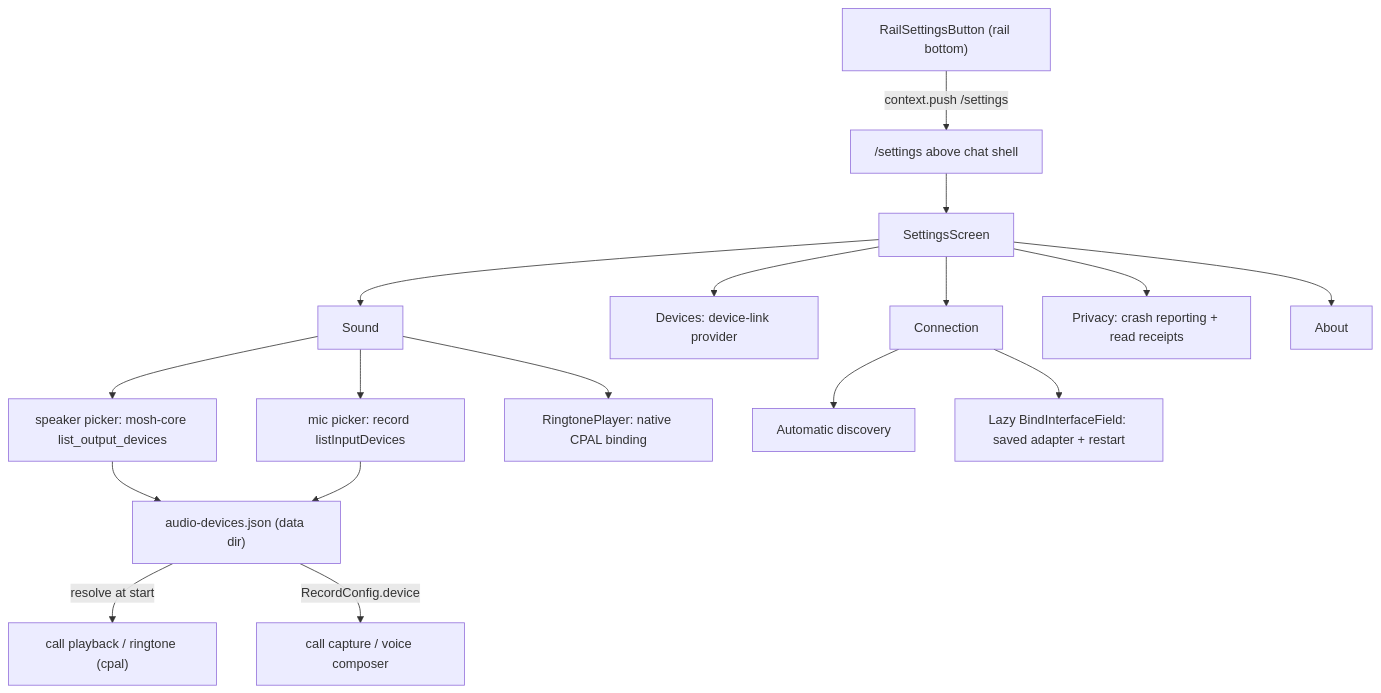
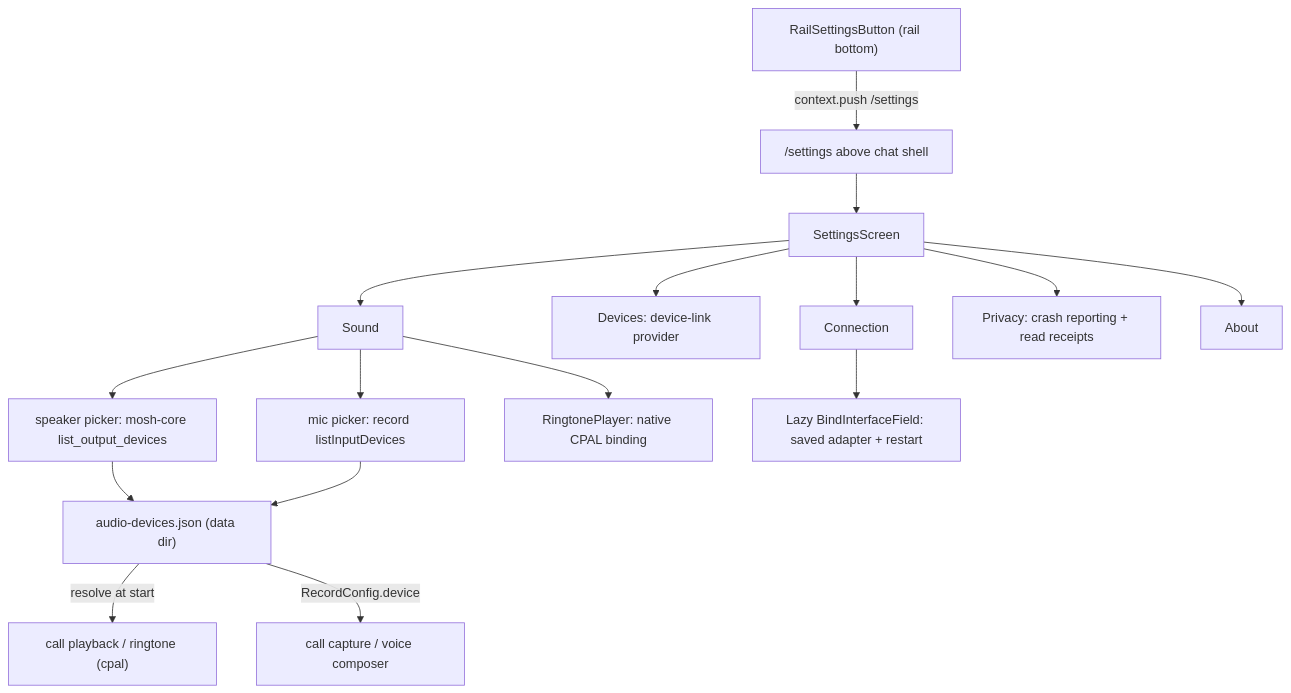
Before and after one commit to redstone-md/mosh-flutter: diagram 22 of 25 in docs/Architecture.md, drawn with Mermaid. The commit also changed other lines of this file and 11 other files, not shown here.

````diff
--- a/docs/Architecture.md
+++ b/docs/Architecture.md
@@ -929,19 +929,18 @@
 ```mermaid
 flowchart TD
     Gear["RailSettingsButton (rail bottom)"] -->|context.push /settings| Route["/settings above chat shell"]
     Route --> Screen["SettingsScreen"]
     Screen --> Voice["Sound"]
     Screen --> Devices["Devices: device-link provider"]
     Screen --> Conn["Connection"]
     Screen --> Privacy["Privacy: crash reporting + read receipts"]
     Screen --> About["About"]
     Voice --> Input["mic picker: record listInputDevices"]
     Voice --> Output["speaker picker: mosh-core list_output_devices"]
     Voice --> Test["RingtonePlayer: native CPAL binding"]
-    Conn --> Discovery["Automatic discovery"]
     Conn --> Bind["Lazy BindInterfaceField: saved adapter + restart"]
     Output --> Store["audio-devices.json (data dir)"]
     Input --> Store
     Store -->|resolve at start| Playback["call playback / ringtone (cpal)"]
     Store -->|RecordConfig.device| Capture["call capture / voice composer"]
 ```
````
